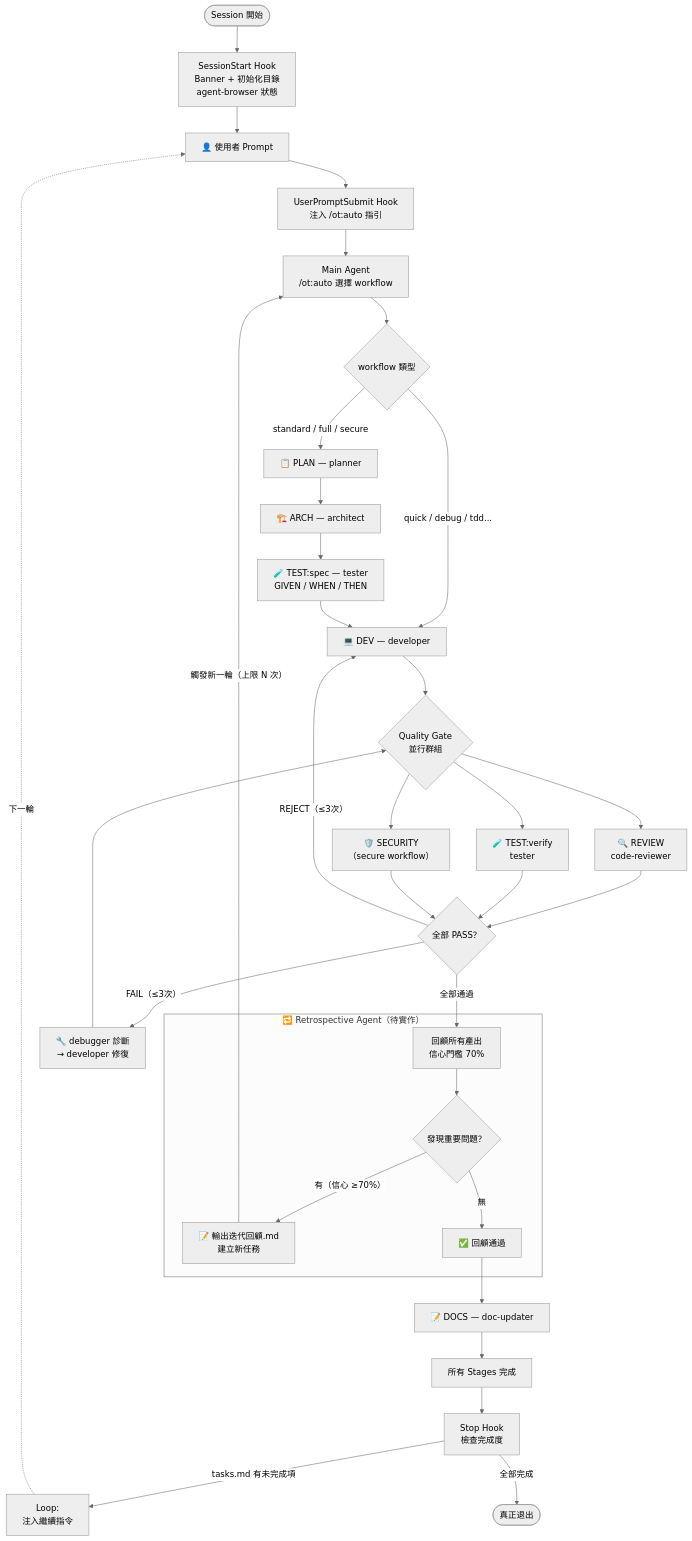
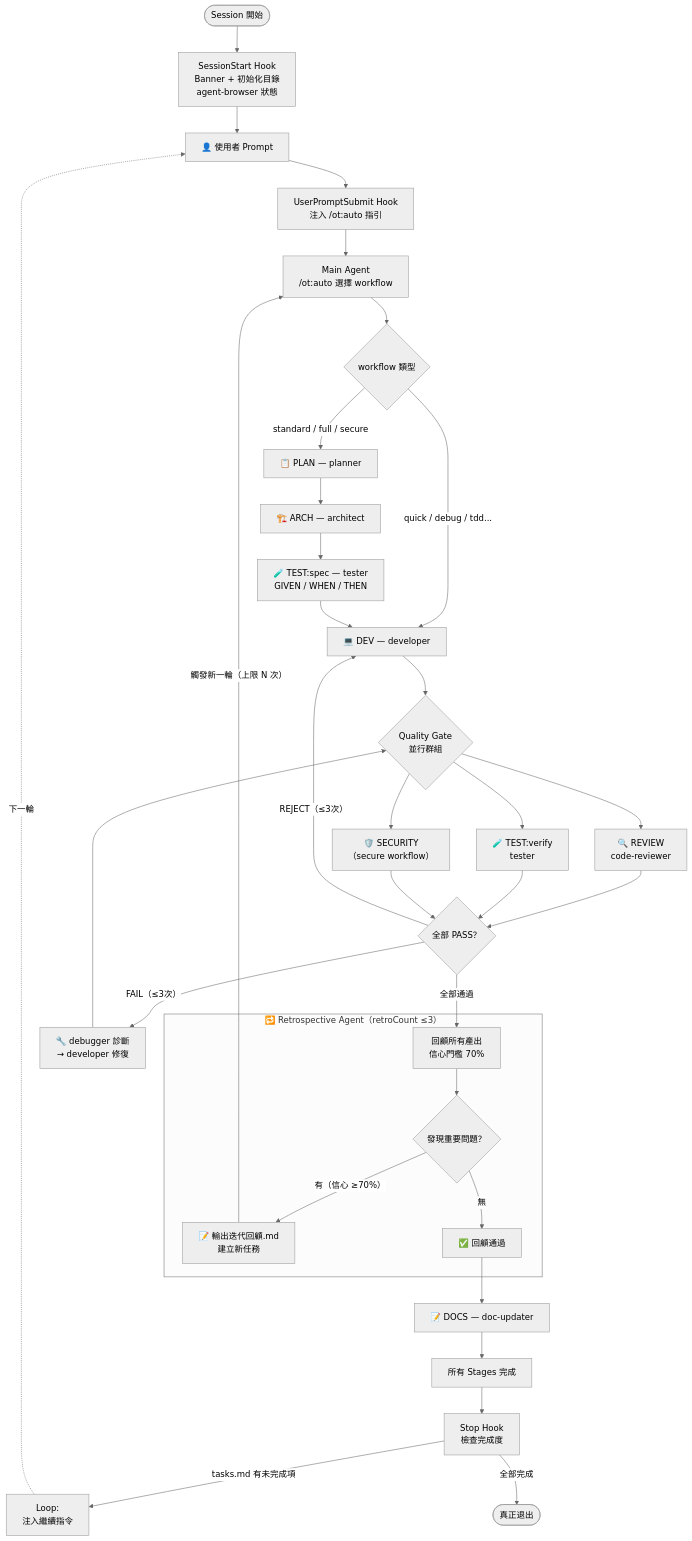
The second of 3 diagrams in plugins/overtone/docs/workflow-diagram.md (ryu111/overtone), drawn with Mermaid (neutral theme) before and after one commit. The commit also changed 3 other files, not shown here.

````diff
--- a/plugins/overtone/docs/workflow-diagram.md
+++ b/plugins/overtone/docs/workflow-diagram.md
@@ -43,48 +43,48 @@
 ```mermaid
 flowchart TB
     START(["Session 開始"]) --> SS_HOOK["SessionStart Hook\nBanner + 初始化目錄\nagent-browser 狀態"]
 
     SS_HOOK --> PROMPT["👤 使用者 Prompt"]
     PROMPT --> US_HOOK["UserPromptSubmit Hook\n注入 /ot:auto 指引"]
     US_HOOK --> MAIN["Main Agent\n/ot:auto 選擇 workflow"]
 
     MAIN --> WFSEL{"workflow 類型"}
 
     WFSEL -->|"standard / full / secure"| PLAN["📋 PLAN — planner"]
     WFSEL -->|"quick / debug / tdd..."| DEV
 
     PLAN --> ARCH["🏗️ ARCH — architect"]
     ARCH --> TSPEC["🧪 TEST:spec — tester\nGIVEN / WHEN / THEN"]
     TSPEC --> DEV["💻 DEV — developer"]
 
     DEV --> QG{"Quality Gate\n並行群組"}
     QG --> REV["🔍 REVIEW\ncode-reviewer"]
     QG --> TEST["🧪 TEST:verify\ntester"]
     QG --> SEC["🛡️ SECURITY\n（secure workflow）"]
 
     REV & TEST & SEC --> PASS{"全部 PASS？"}
 
     PASS -->|"FAIL（≤3次）"| DBG["🔧 debugger 診斷\n→ developer 修復"]
     DBG --> QG
 
     PASS -->|"REJECT（≤3次）"| DEV
     PASS -->|"全部通過"| RETRO
 
-    subgraph RETRO_BOX["🔁 Retrospective Agent（待實作）"]
+    subgraph RETRO_BOX["🔁 Retrospective Agent（retroCount ≤3）"]
         RETRO["回顧所有產出\n信心門檻 70%"]
         RETRO --> RCHECK{"發現重要問題？"}
         RCHECK -->|"有（信心 ≥70%）"| ROUT["📝 輸出迭代回顧.md\n建立新任務"]
         RCHECK -->|"無"| RDONE["✅ 回顧通過"]
     end
 
     ROUT -->|"觸發新一輪（上限 N 次）"| MAIN
     RDONE --> DOCS["📝 DOCS — doc-updater"]
 
     DOCS --> ALL_DONE["所有 Stages 完成"]
     ALL_DONE --> STOP_HOOK["Stop Hook\n檢查完成度"]
 
     STOP_HOOK -->|"tasks.md 有未完成項"| LOOP["Loop:\n注入繼續指令"]
     STOP_HOOK -->|"全部完成"| REAL_EXIT(["真正退出"])
 
     LOOP -.->|"下一輪"| PROMPT
 ```
````
